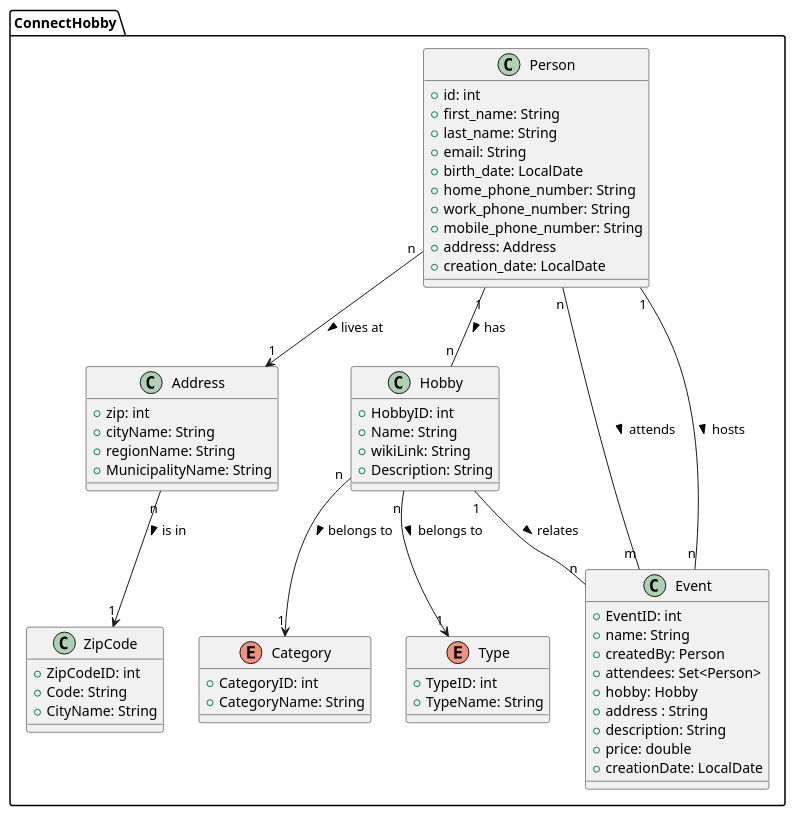
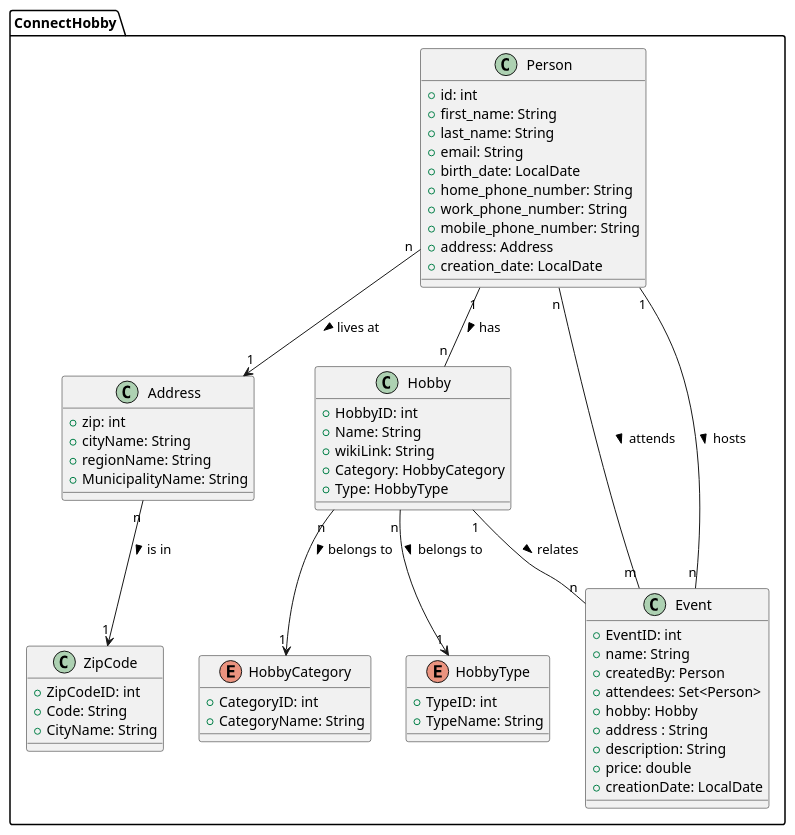
Before and after one commit to Peter537/Dat3-SP1: the diagram in DomainModel.puml, drawn with PlantUML.

Commit message:
domain model changes

```diff
--- a/DomainModel.puml
+++ b/DomainModel.puml
@@ -1,71 +1,72 @@
 @startuml
 package ConnectHobby {
   class Person {
      + id: int
      + first_name: String
      + last_name: String
      + email: String
      + birth_date: LocalDate
      + home_phone_number: String
      + work_phone_number: String
      + mobile_phone_number: String
      + address: Address
      + creation_date: LocalDate
 
 
   }
 
   class Address {
      + zip: int
      + cityName: String
      + regionName: String
      + MunicipalityName: String
   }
 
   class ZipCode {
      + ZipCodeID: int
      + Code: String
      + CityName: String
   }
 
   class Hobby {
      + HobbyID: int
      + Name: String
      + wikiLink: String
-     + Description: String
+     + Category: HobbyCategory
+     + Type: HobbyType
   }
 
-  enum Category {
+  enum HobbyCategory {
      + CategoryID: int
      + CategoryName: String
   }
 
-  enum Type {
+  enum HobbyType {
      + TypeID: int
      + TypeName: String
   }
 
   class Event {
      + EventID: int
      + name: String
      + createdBy: Person
      + attendees: Set<Person>
      + hobby: Hobby
      + address : String
      + description: String
      + price: double
      + creationDate: LocalDate
 
   }
 
 
   Person "n" --> "1" Address : lives at >
   Address "n" --> "1" ZipCode : is in >
   Person "1" -- "n" Hobby : has >
-  Hobby "n" --> "1" Category : belongs to >
-  Hobby "n" --> "1" Type : belongs to >
+  Hobby "n" --> "1" HobbyCategory : belongs to >
+  Hobby "n" --> "1" HobbyType : belongs to >
   Person "n" -- "m" Event : attends >
   Person "1" -- "n" Event : hosts >
   Hobby "1" -- "n" Event : relates >
 }
 @enduml
```
